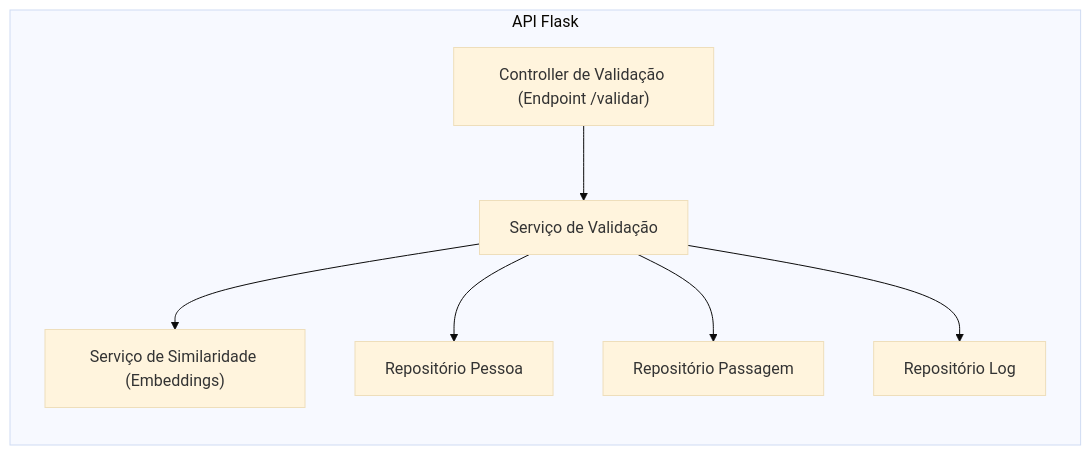
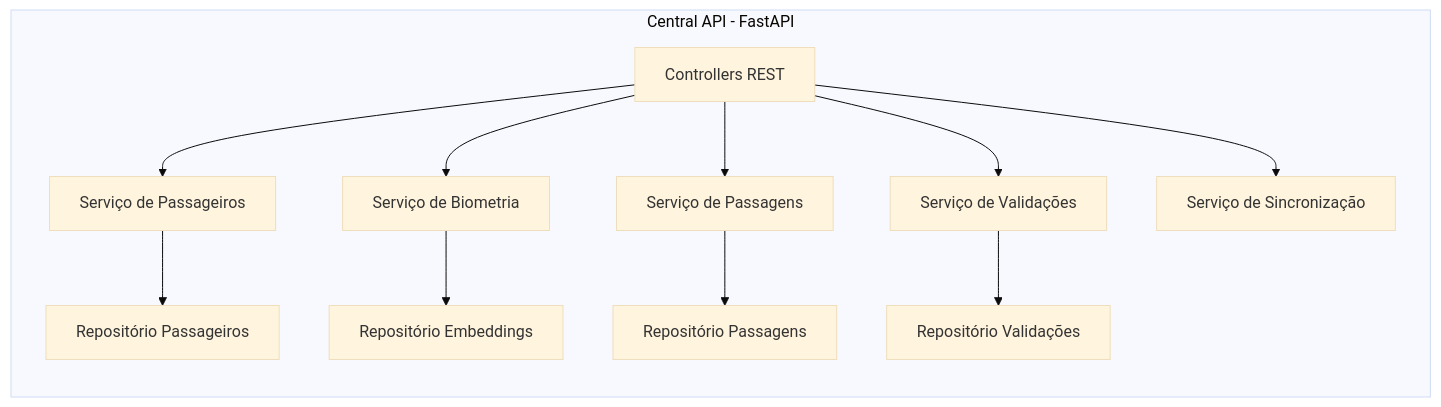
One commit to vitormz6/Sistema-De-Validacao-De-Embarque-Por-Reconhecimento-Facial changed the second of 7 diagrams in README.md. Above: the diagram before and after it, drawn with Mermaid (base theme). The commit also changed other lines of this file and 302 other files, not shown here.

````diff
--- a/README.md
+++ b/README.md
@@ -169,17 +168,25 @@
 ```mermaid
 flowchart LR
-    subgraph APIFlask [API Flask]
-        controller["Controller de Validação (Endpoint /validar)"]
-        serviceValid["Serviço de Validação"]
-        serviceSim["Serviço de Similaridade (Embeddings)"]
-        repoPessoa["Repositório Pessoa"]
-        repoPassagem["Repositório Passagem"]
-        repoLog["Repositório Log"]
+    subgraph CentralAPI [Central API - FastAPI]
+        controller["Controllers REST"]
+        servicePassenger["Serviço de Passageiros"]
+        serviceBiometric["Serviço de Biometria"]
+        serviceTicket["Serviço de Passagens"]
+        serviceValidation["Serviço de Validações"]
+        serviceSync["Serviço de Sincronização"]
+        repoPassenger["Repositório Passageiros"]
+        repoTicket["Repositório Passagens"]
+        repoEmbedding["Repositório Embeddings"]
+        repoValidation["Repositório Validações"]
     end
 
-    controller --> serviceValid
-    serviceValid --> serviceSim
-    serviceValid --> repoPessoa
-    serviceValid --> repoPassagem
-    serviceValid --> repoLog
+    controller --> servicePassenger
+    controller --> serviceBiometric
+    controller --> serviceTicket
+    controller --> serviceValidation
+    controller --> serviceSync
+    servicePassenger --> repoPassenger
+    serviceBiometric --> repoEmbedding
+    serviceTicket --> repoTicket
+    serviceValidation --> repoValidation
 ```
````
